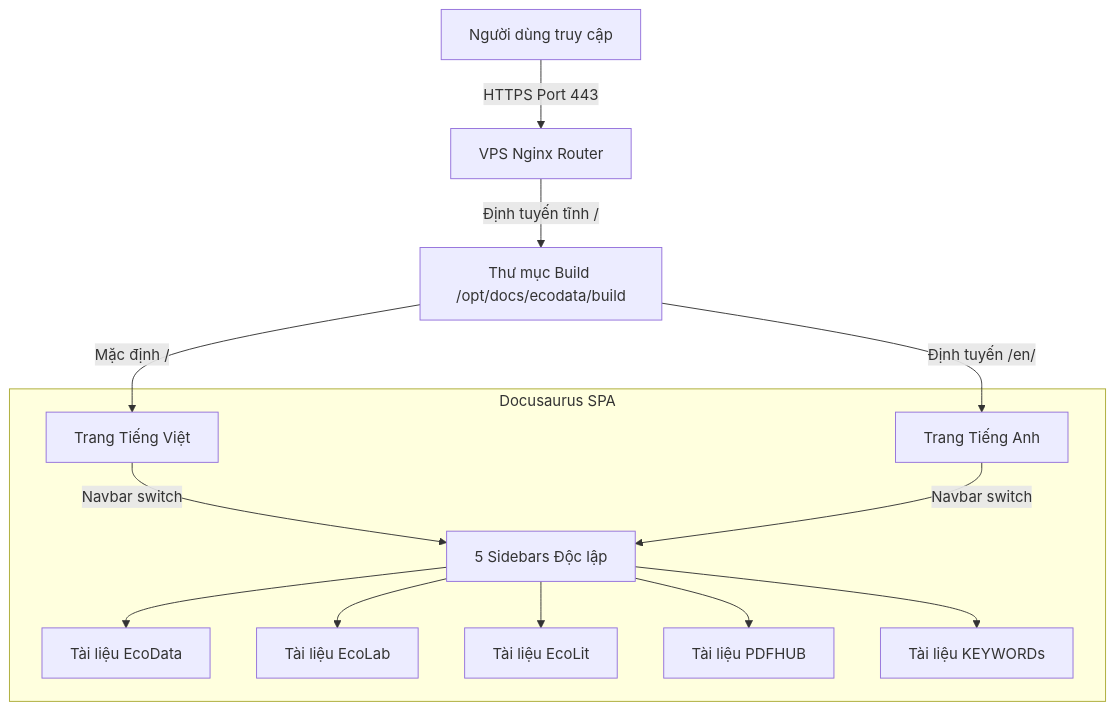
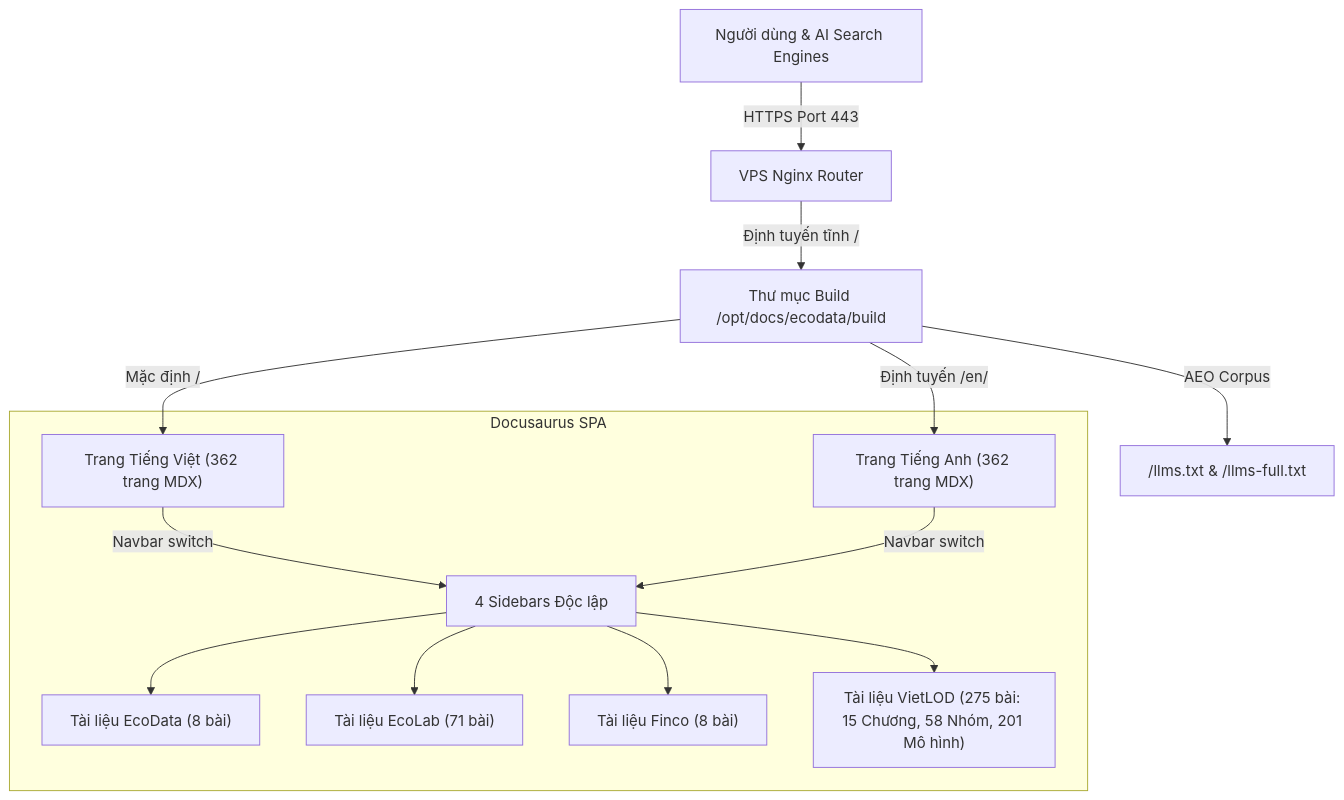
One commit to vietlod/docs changed the diagram in readme/ai/architecture-map.md. Above: the diagram before and after it, drawn with Mermaid. The commit also changed other lines of this file and 3 other files, not shown here.

Commit message:
docs(governance): update architecture-map, decision-log, deploy-checklist and Memory for 4-app portal and zero-downtime atomic build

````diff
--- a/readme/ai/architecture-map.md
+++ b/readme/ai/architecture-map.md
@@ -11,17 +11,17 @@
 ```mermaid
 graph TD
-    User[Người dùng truy cập] -->|HTTPS Port 443| Nginx[VPS Nginx Router]
-    Nginx -->|Định tuyến tĩnh /| Static[Thư mục Build /opt/docs/ecodata/build]
-    Static -->|Mặc định /| VI[Trang Tiếng Việt]
-    Static -->|Định tuyến /en/| EN[Trang Tiếng Anh]
+    User["Người dùng & AI Search Engines"] -->|HTTPS Port 443| Nginx["VPS Nginx Router"]
+    Nginx -->|Định tuyến tĩnh /| Static["Thư mục Build /opt/docs/ecodata/build"]
+    Static -->|Mặc định /| VI["Trang Tiếng Việt (362 trang MDX)"]
+    Static -->|Định tuyến /en/| EN["Trang Tiếng Anh (362 trang MDX)"]
+    Static -->|AEO Corpus| LLMS["/llms.txt & /llms-full.txt"]
     
     subgraph Docusaurus SPA
-        VI -->|Navbar switch| Sidebars[5 Sidebars Độc lập]
+        VI -->|Navbar switch| Sidebars["4 Sidebars Độc lập"]
         EN -->|Navbar switch| Sidebars
-        Sidebars --> EcoData[Tài liệu EcoData]
-        Sidebars --> EcoLab[Tài liệu EcoLab]
-        Sidebars --> EcoLit[Tài liệu EcoLit]
-        Sidebars --> PDFHUB[Tài liệu PDFHUB]
-        Sidebars --> KEYWORDs[Tài liệu KEYWORDs]
+        Sidebars --> EcoData["Tài liệu EcoData (8 bài)"]
+        Sidebars --> EcoLab["Tài liệu EcoLab (71 bài)"]
+        Sidebars --> Finco["Tài liệu Finco (8 bài)"]
+        Sidebars --> VietLOD["Tài liệu VietLOD (275 bài: 15 Chương, 58 Nhóm, 201 Mô hình)"]
     end
 ```
````
